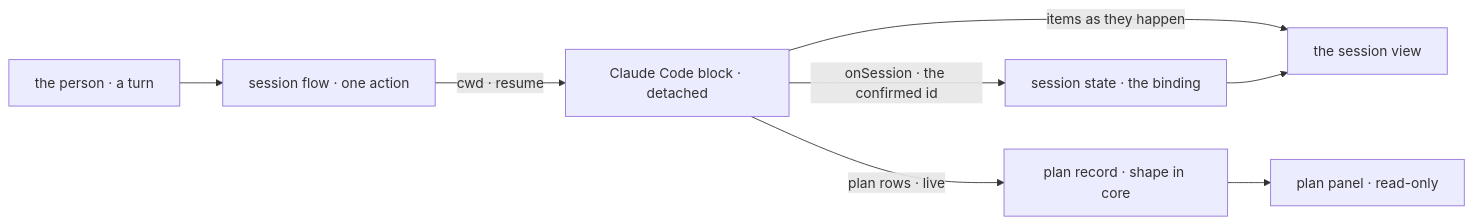
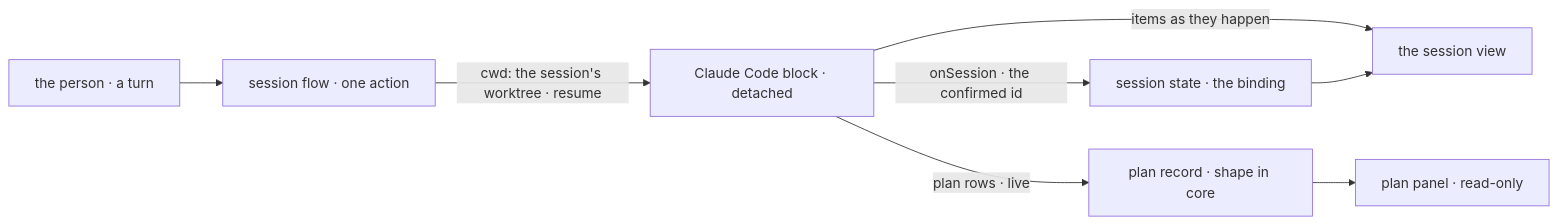
Before and after one commit to fixpoint-labs/flow-state-dev: the second of 2 diagrams in specs/issues/FIX-1915/SPEC.md, drawn with Mermaid. The commit also changed other lines of this file and 6 other files, not shown here.

First line of the commit message:
spec(FIX-1915): review round 2, a worktree per session on this repository, one whole-list plan writer in core

````diff
--- a/specs/issues/FIX-1915/SPEC.md
+++ b/specs/issues/FIX-1915/SPEC.md
@@ -86,10 +95,10 @@
 ```mermaid
 flowchart LR
   P["the person · a turn"] --> F["session flow · one action"]
-  F -->|"cwd · resume"| B["Claude Code block · detached"]
+  F -->|"cwd: the session's worktree · resume"| B["Claude Code block · detached"]
   B -->|"onSession · the confirmed id"| S["session state · the binding"]
   B -->|"items as they happen"| V["the session view"]
   B -->|"plan rows · live"| R["plan record · shape in core"]
   R --> PN["plan panel · read-only"]
   S --> V
 ```
````
